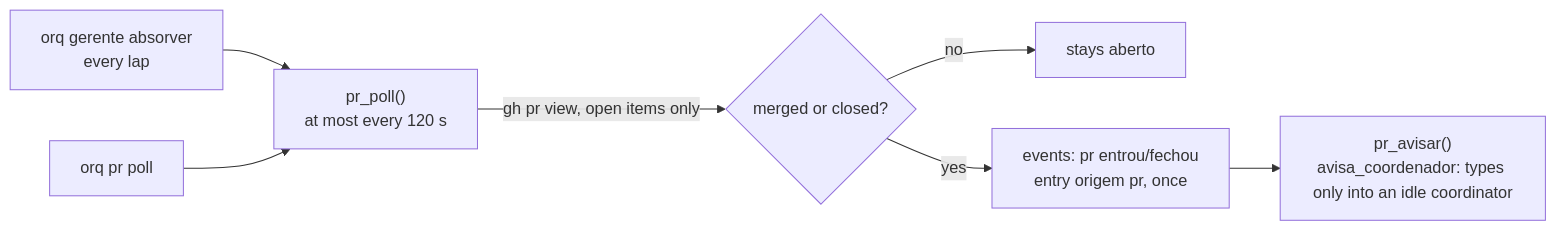
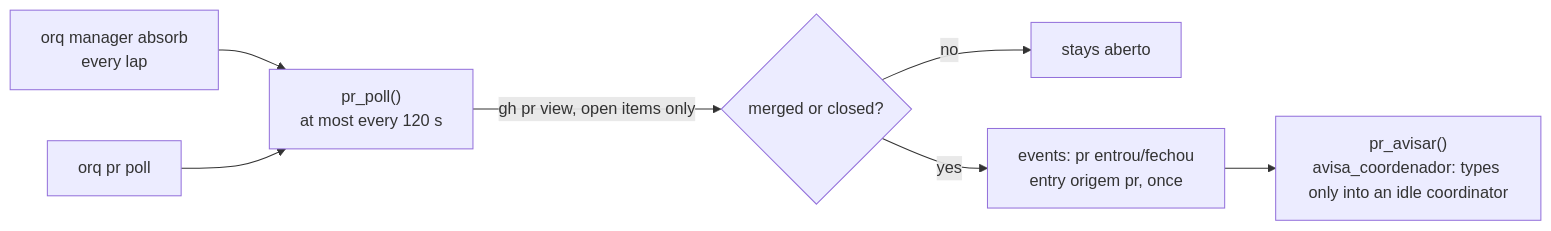
One commit to leodiegoo/orq changed the fourth of 4 diagrams in docs/design.md. Above: the diagram before and after it, drawn with Mermaid. The commit also changed other lines of this file and 9 other files, not shown here.

````diff
--- a/docs/design.md
+++ b/docs/design.md
@@ -699,9 +699,9 @@
 ```mermaid
 flowchart LR
-    G["orq gerente absorver<br/>every lap"] --> P["pr_poll()<br/>at most every 120 s"]
+    G["orq manager absorb<br/>every lap"] --> P["pr_poll()<br/>at most every 120 s"]
     M["orq pr poll"] --> P
     P -->|"gh pr view, open items only"| S{"merged or closed?"}
     S -->|no| N["stays aberto"]
     S -->|yes| E["events: pr entrou/fechou<br/>entry origem pr, once"]
     E --> A["pr_avisar()<br/>avisa_coordenador: types only into an idle coordinator"]
 ```
````
